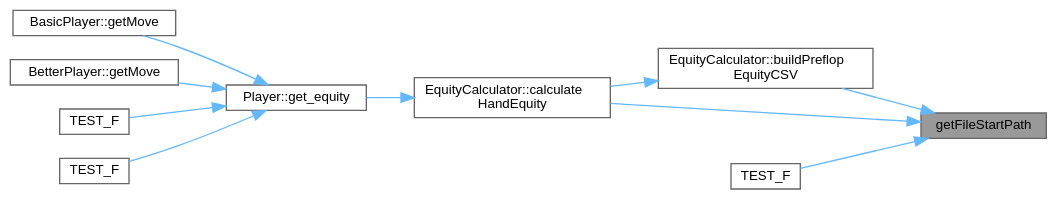
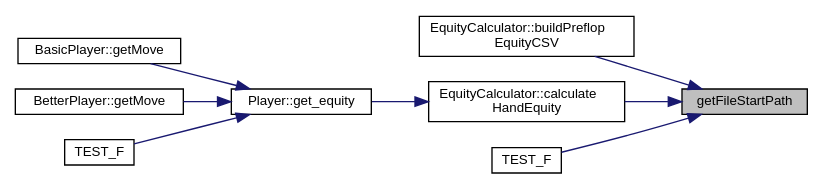
Before and after one commit to jesstyrrell/cosc345: the diagram in test___equity_calculator_8cc_a4db44a9b1f0b820ea1a118edbc39de40_icgraph.dot, drawn with Graphviz. The commit also changed 620 other files, not shown here.

```diff
--- a/test___equity_calculator_8cc_a4db44a9b1f0b820ea1a118edbc39de40_icgraph.dot
+++ b/test___equity_calculator_8cc_a4db44a9b1f0b820ea1a118edbc39de40_icgraph.dot
@@ -1,27 +1,23 @@
 digraph "getFileStartPath"
 {
  // INTERACTIVE_SVG=YES
  // LATEX_PDF_SIZE
-  bgcolor="transparent";
-  edge [fontname=Helvetica,fontsize=10,labelfontname=Helvetica,labelfontsize=10];
-  node [fontname=Helvetica,fontsize=10,shape=box,height=0.2,width=0.4];
+  edge [fontname="Helvetica",fontsize="10",labelfontname="Helvetica",labelfontsize="10"];
+  node [fontname="Helvetica",fontsize="10",shape=record];
   rankdir="RL";
-  Node1 [id="Node000001",label="getFileStartPath",height=0.2,width=0.4,color="gray40", fillcolor="grey60", style="filled", fontcolor="black",tooltip=" "];
-  Node1 -> Node2 [id="edge1_Node000001_Node000002",dir="back",color="steelblue1",style="solid",tooltip=" "];
-  Node2 [id="Node000002",label="EquityCalculator::buildPreflop\lEquityCSV",height=0.2,width=0.4,color="grey40", fillcolor="white", style="filled",URL="$class_equity_calculator.html#a5e6d58769d8554960b7434bef984cb28",tooltip=" "];
-  Node2 -> Node3 [id="edge2_Node000002_Node000003",dir="back",color="steelblue1",style="solid",tooltip=" "];
-  Node3 [id="Node000003",label="EquityCalculator::calculate\lHandEquity",height=0.2,width=0.4,color="grey40", fillcolor="white", style="filled",URL="$class_equity_calculator.html#a7538b1a4d83a396d16dc0673cb3eb619",tooltip="Evaluates the equity of a hand against multiple opponents."];
-  Node3 -> Node4 [id="edge3_Node000003_Node000004",dir="back",color="steelblue1",style="solid",tooltip=" "];
-  Node4 [id="Node000004",label="Player::get_equity",height=0.2,width=0.4,color="grey40", fillcolor="white", style="filled",URL="$class_player.html#ac40b5f5383aa1b6146a39c74f08254ad",tooltip="Returns the equity of the players hand for the current stage of the game."];
-  Node4 -> Node5 [id="edge4_Node000004_Node000005",dir="back",color="steelblue1",style="solid",tooltip=" "];
-  Node5 [id="Node000005",label="BasicPlayer::getMove",height=0.2,width=0.4,color="grey40", fillcolor="white", style="filled",URL="$class_basic_player.html#a9c6ca42bec1e9936d98e9c210f6f08c4",tooltip="Gets the player's move during their turn."];
-  Node4 -> Node6 [id="edge5_Node000004_Node000006",dir="back",color="steelblue1",style="solid",tooltip=" "];
-  Node6 [id="Node000006",label="BetterPlayer::getMove",height=0.2,width=0.4,color="grey40", fillcolor="white", style="filled",URL="$class_better_player.html#ac228cde696e45779a7270a4d0ca6a297",tooltip="Gets the player's move during their turn."];
-  Node4 -> Node7 [id="edge6_Node000004_Node000007",dir="back",color="steelblue1",style="solid",tooltip=" "];
-  Node7 [id="Node000007",label="TEST_F",height=0.2,width=0.4,color="grey40", fillcolor="white", style="filled",URL="$test___player_8cc.html#a58e6b1b83a0b3890240da45b9cfca22b",tooltip=" "];
-  Node4 -> Node8 [id="edge7_Node000004_Node000008",dir="back",color="steelblue1",style="solid",tooltip=" "];
-  Node8 [id="Node000008",label="TEST_F",height=0.2,width=0.4,color="grey40", fillcolor="white", style="filled",URL="$test___player_8cc.html#ab159003d62d4815baca60d6e6394374e",tooltip=" "];
-  Node1 -> Node3 [id="edge8_Node000001_Node000003",dir="back",color="steelblue1",style="solid",tooltip=" "];
-  Node1 -> Node9 [id="edge9_Node000001_Node000009",dir="back",color="steelblue1",style="solid",tooltip=" "];
-  Node9 [id="Node000009",label="TEST_F",height=0.2,width=0.4,color="grey40", fillcolor="white", style="filled",URL="$test___equity_calculator_8cc.html#a8badf8915ba85560da945389113b7351",tooltip=" "];
+  Node1 [label="getFileStartPath",height=0.2,width=0.4,color="black", fillcolor="grey75", style="filled", fontcolor="black",tooltip=" "];
+  Node1 -> Node2 [dir="back",color="midnightblue",fontsize="10",style="solid",fontname="Helvetica"];
+  Node2 [label="EquityCalculator::buildPreflop\lEquityCSV",height=0.2,width=0.4,color="black", fillcolor="white", style="filled",URL="$class_equity_calculator.html#a5e6d58769d8554960b7434bef984cb28",tooltip=" "];
+  Node1 -> Node3 [dir="back",color="midnightblue",fontsize="10",style="solid",fontname="Helvetica"];
+  Node3 [label="EquityCalculator::calculate\lHandEquity",height=0.2,width=0.4,color="black", fillcolor="white", style="filled",URL="$class_equity_calculator.html#a7538b1a4d83a396d16dc0673cb3eb619",tooltip="Evaluates the equity of a hand against multiple opponents."];
+  Node3 -> Node4 [dir="back",color="midnightblue",fontsize="10",style="solid",fontname="Helvetica"];
+  Node4 [label="Player::get_equity",height=0.2,width=0.4,color="black", fillcolor="white", style="filled",URL="$class_player.html#ac40b5f5383aa1b6146a39c74f08254ad",tooltip="Returns the equity of the players hand for the current stage of the game."];
+  Node4 -> Node5 [dir="back",color="midnightblue",fontsize="10",style="solid",fontname="Helvetica"];
+  Node5 [label="BasicPlayer::getMove",height=0.2,width=0.4,color="black", fillcolor="white", style="filled",URL="$class_basic_player.html#a9c6ca42bec1e9936d98e9c210f6f08c4",tooltip="Gets the player's move during their turn."];
+  Node4 -> Node6 [dir="back",color="midnightblue",fontsize="10",style="solid",fontname="Helvetica"];
+  Node6 [label="BetterPlayer::getMove",height=0.2,width=0.4,color="black", fillcolor="white", style="filled",URL="$class_better_player.html#ac228cde696e45779a7270a4d0ca6a297",tooltip="Gets the player's move during their turn."];
+  Node4 -> Node7 [dir="back",color="midnightblue",fontsize="10",style="solid",fontname="Helvetica"];
+  Node7 [label="TEST_F",height=0.2,width=0.4,color="black", fillcolor="white", style="filled",URL="$test___player_8cc.html#a58e6b1b83a0b3890240da45b9cfca22b",tooltip=" "];
+  Node1 -> Node8 [dir="back",color="midnightblue",fontsize="10",style="solid",fontname="Helvetica"];
+  Node8 [label="TEST_F",height=0.2,width=0.4,color="black", fillcolor="white", style="filled",URL="$test___equity_calculator_8cc.html#a8badf8915ba85560da945389113b7351",tooltip=" "];
 }
```
